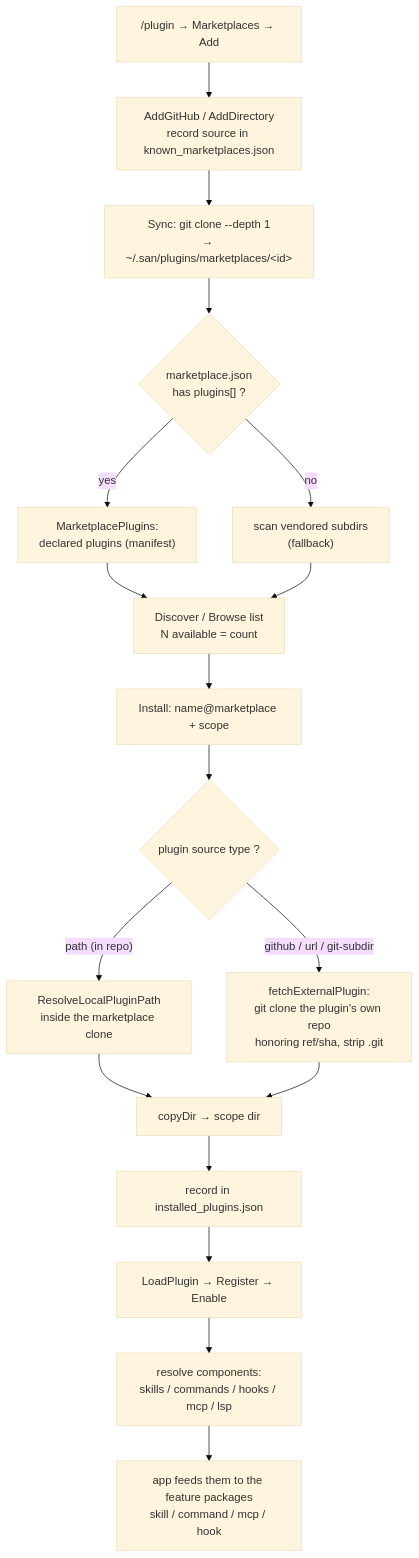
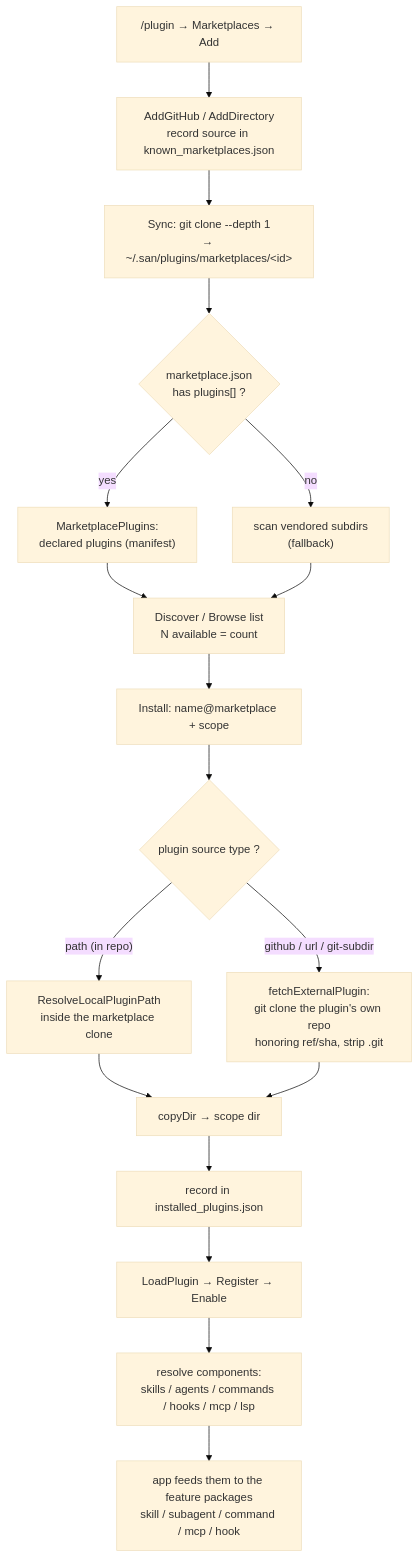
The diagram in docs/packages/2-feature/plugin.md (genai-io/san), drawn with Mermaid (base theme) before and after one commit. The commit also changed other lines of this file and 102 other files, not shown here.

````diff
--- a/docs/packages/2-feature/plugin.md
+++ b/docs/packages/2-feature/plugin.md
@@ -111,20 +113,20 @@
 ```mermaid
 flowchart TD
     A["/plugin → Marketplaces → Add"] --> B["AddGitHub / AddDirectory<br/>record source in known_marketplaces.json"]
     B --> C["Sync: git clone --depth 1<br/>→ ~/.san/plugins/marketplaces/&lt;id&gt;"]
     C --> D{"marketplace.json<br/>has plugins[] ?"}
     D -- yes --> E["MarketplacePlugins:<br/>declared plugins (manifest)"]
     D -- no --> F["scan vendored subdirs<br/>(fallback)"]
     E --> G["Discover / Browse list<br/>N available = count"]
     F --> G
     G --> H["Install: name@marketplace + scope"]
     H --> I{"plugin source type ?"}
     I -- "path (in repo)" --> J["ResolveLocalPluginPath<br/>inside the marketplace clone"]
     I -- "github / url / git-subdir" --> K["fetchExternalPlugin:<br/>git clone the plugin's own repo<br/>honoring ref/sha, strip .git"]
     J --> L["copyDir → scope dir"]
     K --> L
     L --> M["record in installed_plugins.json"]
     M --> N["LoadPlugin → Register → Enable"]
-    N --> O["resolve components:<br/>skills / commands / hooks / mcp / lsp"]
-    O --> P["app feeds them to the feature packages<br/>skill / command / mcp / hook"]
+    N --> O["resolve components:<br/>skills / agents / commands / hooks / mcp / lsp"]
+    O --> P["app feeds them to the feature packages<br/>skill / subagent / command / mcp / hook"]
 ```
````
